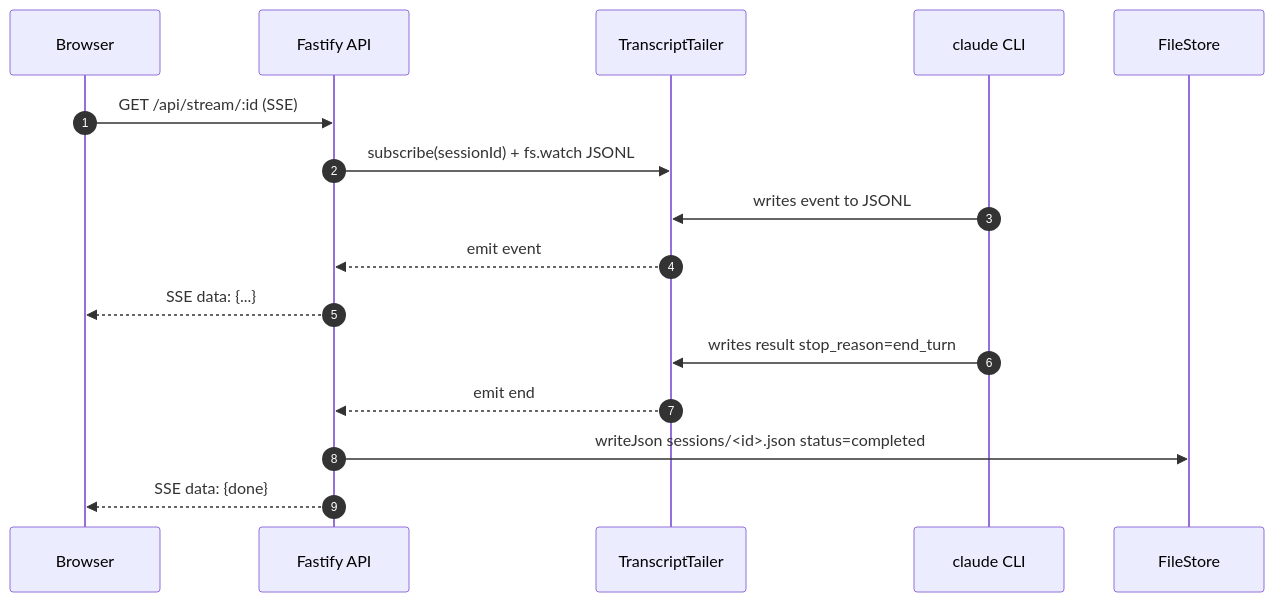
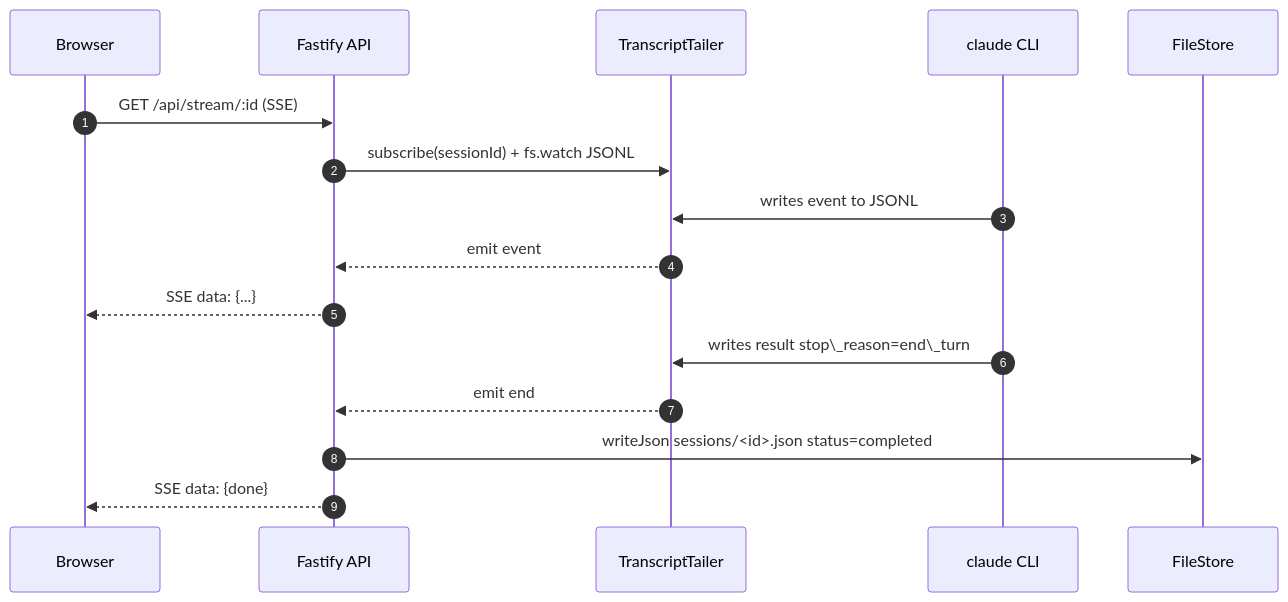
Before and after one commit to adinovri/agent-hq-orchestron: the fifth of 8 diagrams in docs/feature/agent-hq-orchestron/HLD-agent-hq-orchestron.md, drawn with Mermaid. The commit also changed other lines of this file and 1 other file, not shown here.

Commit message:
docs: sync HLD from artifact — full 23 FR + 9 Mermaid + 5 new sections (Security, Scalability, Observability, Dependencies, Multi-Instance Topology)

````diff
--- a/docs/feature/agent-hq-orchestron/HLD-agent-hq-orchestron.md
+++ b/docs/feature/agent-hq-orchestron/HLD-agent-hq-orchestron.md
@@ -401,19 +847,18 @@
 ```mermaid
 sequenceDiagram
-    autonumber
-    participant Browser
-    participant Fastify as Fastify API
-    participant Tailer as TranscriptTailer
-    participant Claude as claude CLI
-    participant Store as FileStore
-
-    Browser->>Fastify: GET /api/stream/:id (SSE)
-    Fastify->>Tailer: subscribe(sessionId) + fs.watch JSONL
-    Claude->>Tailer: writes event to JSONL
-    Tailer-->>Fastify: emit event
-    Fastify-->>Browser: SSE data: {...}
-    Claude->>Tailer: writes result stop_reason=end_turn
-    Tailer-->>Fastify: emit end
-    Fastify->>Store: writeJson sessions/<id>.json status=completed
-    Fastify-->>Browser: SSE data: {done}
+autonumber
+participant Browser
+participant Fastify as Fastify API
+participant Tailer as TranscriptTailer
+participant Claude as claude CLI
+participant Store as FileStore
+Browser->>Fastify: GET /api/stream/:id (SSE)
+Fastify->>Tailer: subscribe(sessionId) + fs.watch JSONL
+Claude->>Tailer: writes event to JSONL
+Tailer-->>Fastify: emit event
+Fastify-->>Browser: SSE data: {...}
+Claude->>Tailer: writes result stop\_reason=end\_turn
+Tailer-->>Fastify: emit end
+Fastify->>Store: writeJson sessions/<id>.json status=completed
+Fastify-->>Browser: SSE data: {done}
 ```
````
